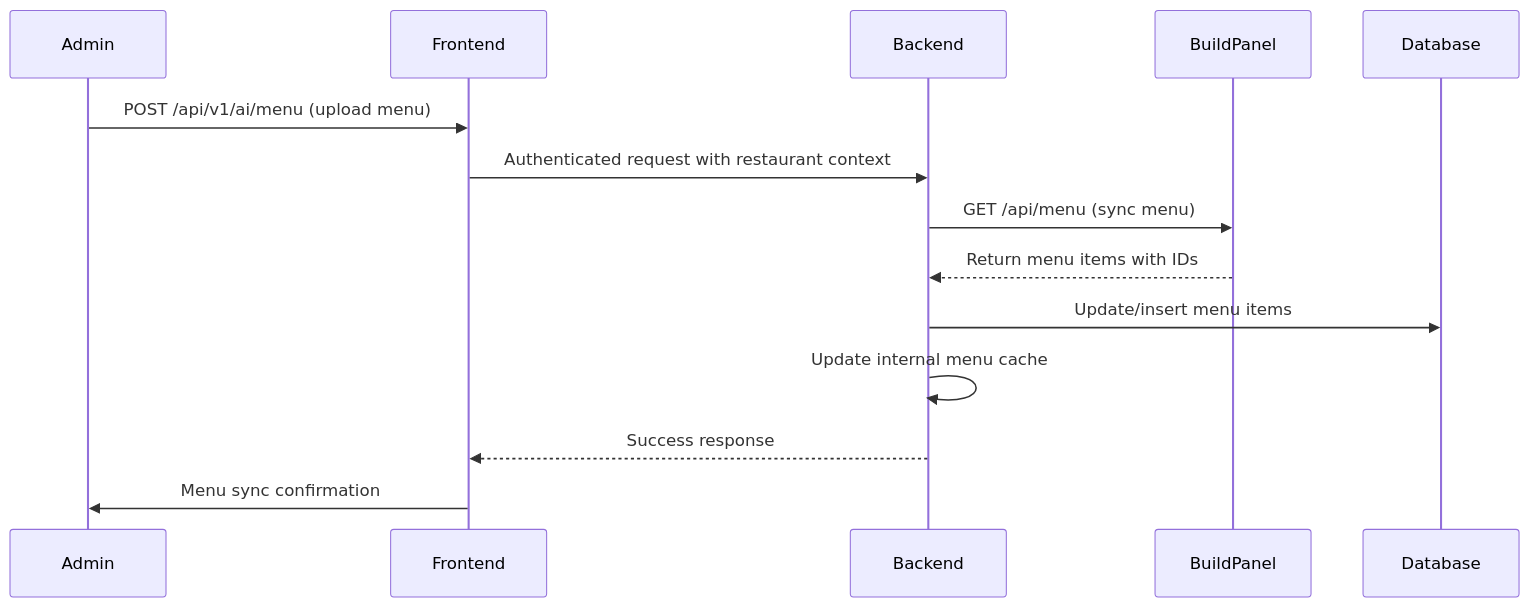
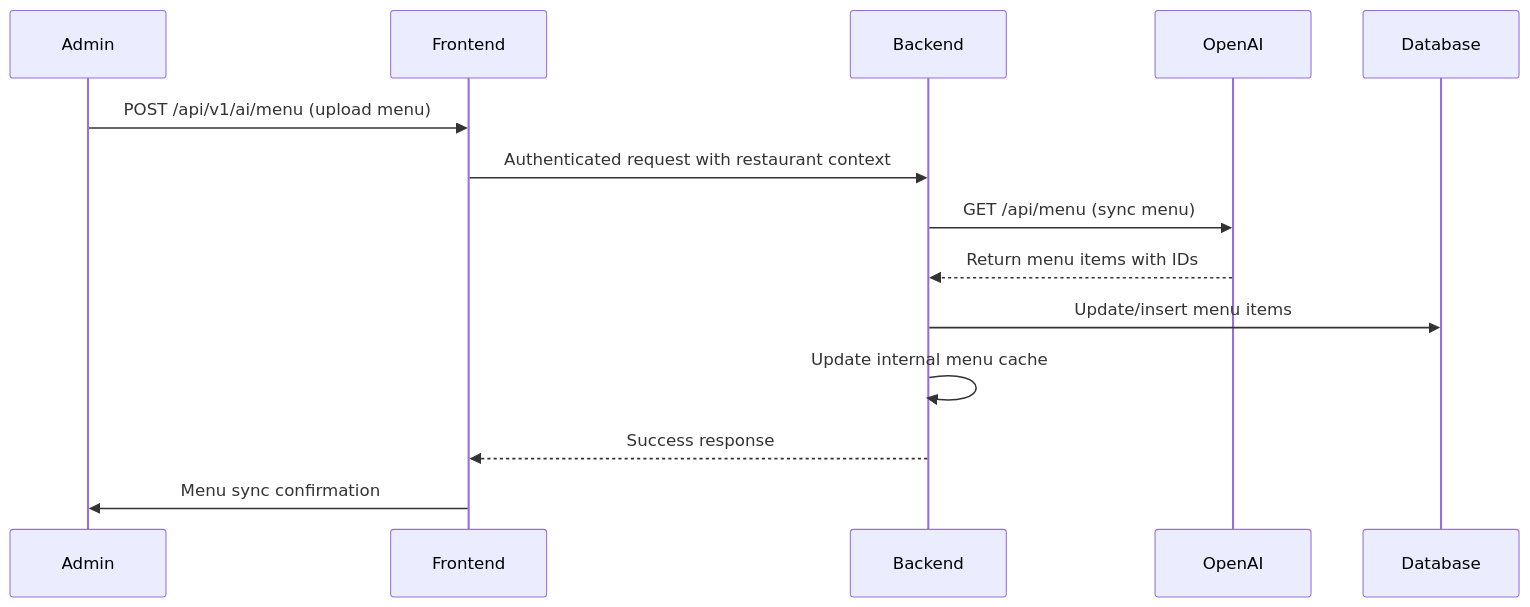
Before and after one commit to mikeyoung304/July25: the fifth of 8 diagrams in docs/DATA_FLOW_INTEGRATION.md, drawn with Mermaid. The commit also changed other lines of this file and 30 other files, not shown here.

Commit message:
chore: remove all BuildPanel references; replace with OpenAI; add CI guards

````diff
--- a/docs/DATA_FLOW_INTEGRATION.md
+++ b/docs/DATA_FLOW_INTEGRATION.md
@@ -526,17 +526,17 @@
 ```mermaid
 sequenceDiagram
     participant Admin
     participant Frontend
     participant Backend
-    participant BuildPanel
+    participant OpenAI
     participant Database
     
     Admin->>Frontend: POST /api/v1/ai/menu (upload menu)
     Frontend->>Backend: Authenticated request with restaurant context
-    Backend->>BuildPanel: GET /api/menu (sync menu)
-    BuildPanel-->>Backend: Return menu items with IDs
+    Backend->>OpenAI: GET /api/menu (sync menu)
+    OpenAI-->>Backend: Return menu items with IDs
     Backend->>Database: Update/insert menu items
     Backend->>Backend: Update internal menu cache
     Backend-->>Frontend: Success response
     Frontend->>Admin: Menu sync confirmation
 ```
````
